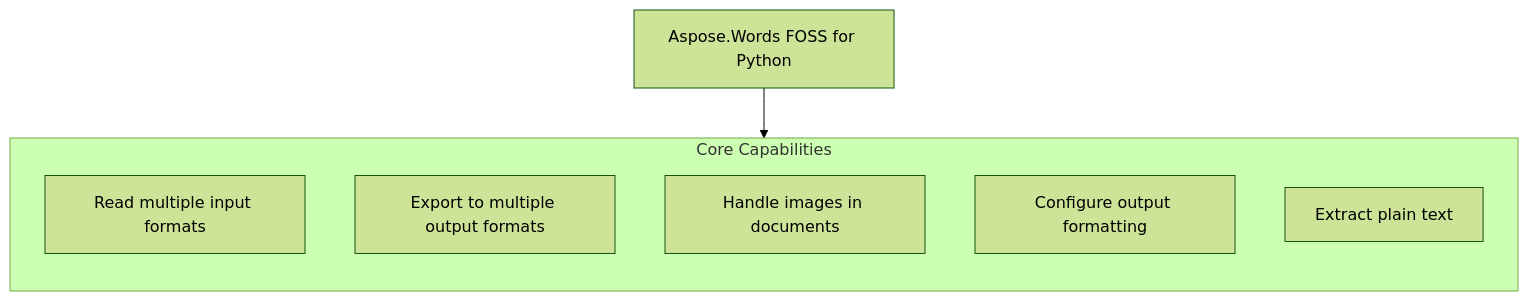
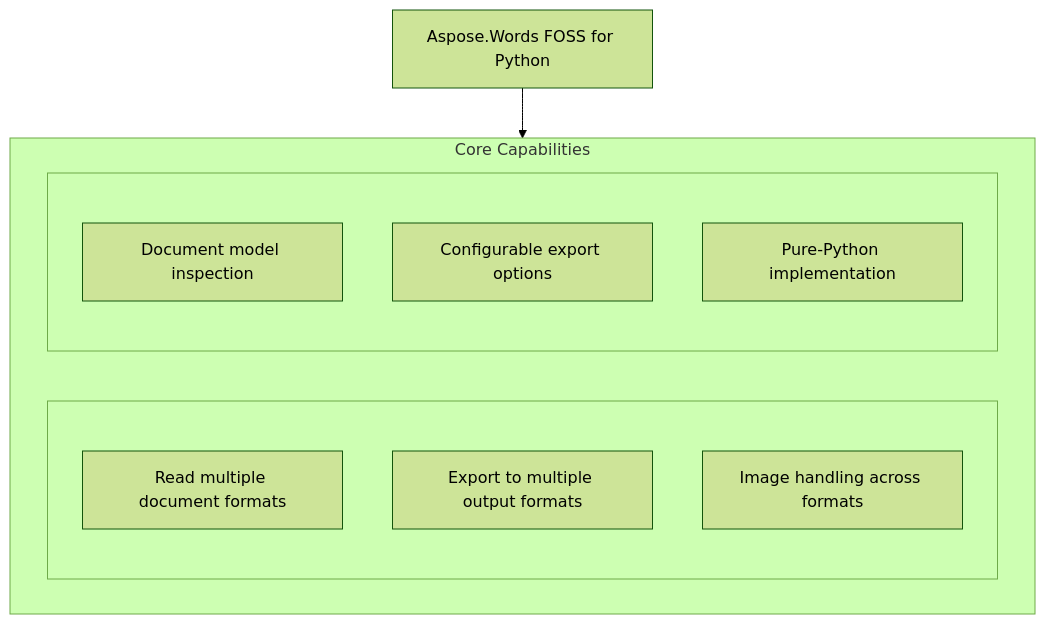
One commit to babar-raza/repository-presenter changed the diagram in candidates/aspose-words-foss__Aspose.Words-FOSS-for-Python/2d2efee2787cb9e56d071d17f8d7b740dce8b784/README.md. Above: the diagram before and after it, drawn with Mermaid (forest theme). The commit also changed other lines of this file and 12 other files, not shown here.

````diff
--- a/candidates/aspose-words-foss__Aspose.Words-FOSS-for-Python/2d2efee2787cb9e56d071d17f8d7b740dce8b784/README.md
+++ b/candidates/aspose-words-foss__Aspose.Words-FOSS-for-Python/2d2efee2787cb9e56d071d17f8d7b740dce8b784/README.md
@@ -23,13 +23,20 @@
 ```mermaid
 flowchart TD
   PRODUCT["Aspose.Words FOSS for Python"]
   subgraph Capabilities["Core Capabilities"]
-    direction TB
-    c1["Read multiple input formats"]
-    c2["Export to multiple output formats"]
-    c3["Handle images in documents"]
-    c4["Configure output formatting"]
-    c5["Extract plain text"]
+    direction LR
+    subgraph capl[" "]
+      direction TB
+      c1["Read multiple document formats"]
+      c2["Export to multiple output formats"]
+      c3["Image handling across formats"]
+    end
+    subgraph capr[" "]
+      direction TB
+      c4["Document model inspection"]
+      c5["Configurable export options"]
+      c6["Pure-Python implementation"]
+    end
   end
   PRODUCT --> Capabilities
 ```
````
